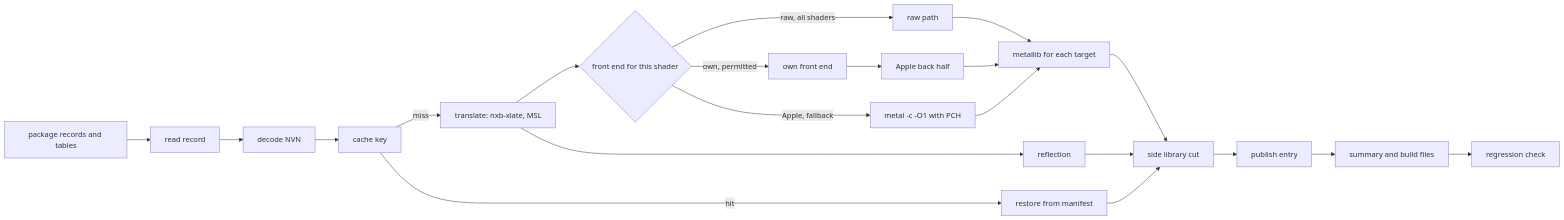
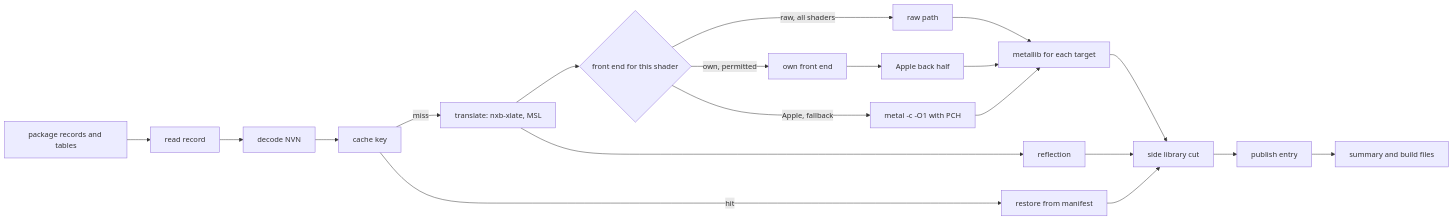
Before and after one commit to ComicBit/nxkit: the diagram in docs/shader-step.md, drawn with Mermaid. The commit also changed other lines of this file and 21 other files, not shown here.

````diff
--- a/docs/shader-step.md
+++ b/docs/shader-step.md
@@ -30,14 +30,14 @@
 ```mermaid
 flowchart LR
   IN["package records and tables"] --> R["read record"] --> D["decode NVN"] --> K["cache key"]
   K -->|hit| H["restore from manifest"]
   K -->|miss| T["translate: nxb-xlate, MSL"]
   T --> FE{"front end for this shader"}
   FE -->|raw, all shaders| RW["raw path"] --> ML
   FE -->|own, permitted| OF["own front end"] --> BH["Apple back half"]
   FE -->|Apple, fallback| AF["metal -c -O1 with PCH"]
   BH & AF --> ML["metallib for each target"]
   T --> RF["reflection"]
   ML & RF & H --> S["side library cut"]
-  S --> P["publish entry"] --> F["summary and build files"] --> RG["regression check"]
+  S --> P["publish entry"] --> F["summary and build files"]
 ```
````
